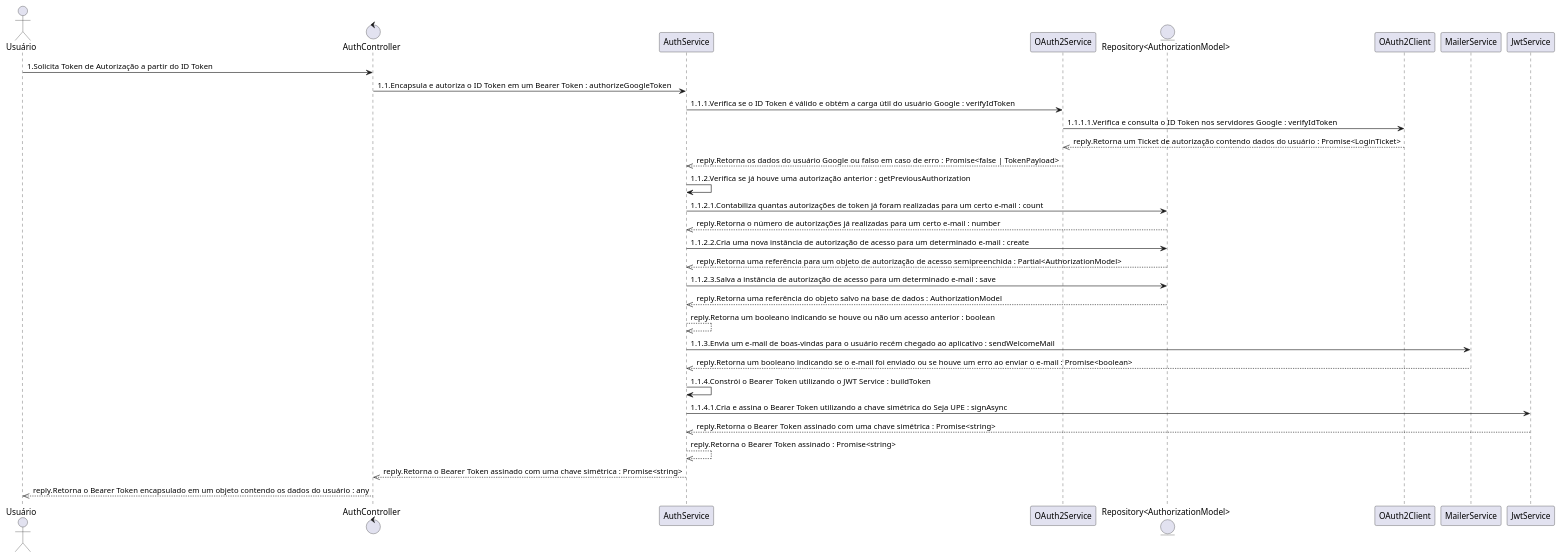
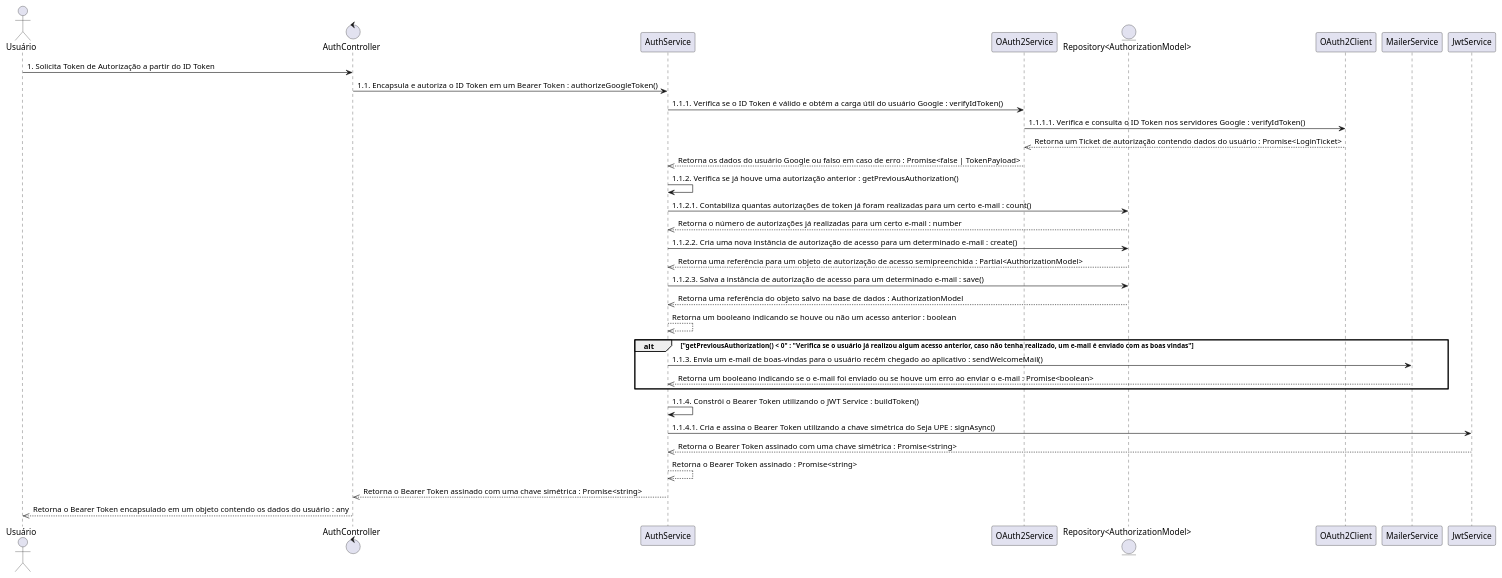
The diagram in src/C1. Visão Geral/C2. Sistema/C3. Endpoints RESTful (Server)/C4. Visão de Processo/[PUML] Sequência - Autenticação e Autorização.puml (MurylloEx/Seja-UPE-Docs), drawn with PlantUML before and after one commit. The commit also changed 34 other files, not shown here.

Commit message:
:sparkles: feature: Added ALL C4 diagrams.

```diff
--- a/src/C1. Visão Geral/C2. Sistema/C3. Endpoints RESTful (Server)/C4. Visão de Processo/[PUML] Sequência - Autenticação e Autorização.puml
+++ b/src/C1. Visão Geral/C2. Sistema/C3. Endpoints RESTful (Server)/C4. Visão de Processo/[PUML] Sequência - Autenticação e Autorização.puml
@@ -2,34 +1,39 @@
-@startuml
+@startuml "Sequence Diagram"
 
-actor "Usuário"
-control "AuthController"
-participant "AuthService"
-participant "OAuth2Service"
-entity "Repository<AuthorizationModel>"
-participant "OAuth2Client"
-participant "MailerService"
-participant "JwtService"
+title ""
 
-"Usuário" -> "AuthController":1.Solicita Token de Autorização a partir do ID Token
-"AuthController" -> "AuthService":1.1.Encapsula e autoriza o ID Token em um Bearer Token : authorizeGoogleToken
-"AuthService" -> "OAuth2Service":1.1.1.Verifica se o ID Token é válido e obtém a carga útil do usuário Google : verifyIdToken
-"OAuth2Service" -> "OAuth2Client":1.1.1.1.Verifica e consulta o ID Token nos servidores Google : verifyIdToken
-"OAuth2Client" -->> "OAuth2Service":reply.Retorna um Ticket de autorização contendo dados do usuário : Promise<LoginTicket>
-"OAuth2Service" -->> "AuthService":reply.Retorna os dados do usuário Google ou falso em caso de erro : Promise<false | TokenPayload>
-"AuthService" -> "AuthService":1.1.2.Verifica se já houve uma autorização anterior : getPreviousAuthorization
-"AuthService" -> "Repository<AuthorizationModel>":1.1.2.1.Contabiliza quantas autorizações de token já foram realizadas para um certo e-mail : count
-"Repository<AuthorizationModel>" -->> "AuthService":reply.Retorna o número de autorizações já realizadas para um certo e-mail : number
-"AuthService" -> "Repository<AuthorizationModel>":1.1.2.2.Cria uma nova instância de autorização de acesso para um determinado e-mail : create
-"Repository<AuthorizationModel>" -->> "AuthService":reply.Retorna uma referência para um objeto de autorização de acesso semipreenchida : Partial<AuthorizationModel>
-"AuthService" -> "Repository<AuthorizationModel>":1.1.2.3.Salva a instância de autorização de acesso para um determinado e-mail : save
-"Repository<AuthorizationModel>" -->> "AuthService":reply.Retorna uma referência do objeto salvo na base de dados : AuthorizationModel
-"AuthService" -->> "AuthService":reply.Retorna um booleano indicando se houve ou não um acesso anterior : boolean
-"AuthService" -> "MailerService":1.1.3.Envia um e-mail de boas-vindas para o usuário recém chegado ao aplicativo : sendWelcomeMail
-"MailerService" -->> "AuthService":reply.Retorna um booleano indicando se o e-mail foi enviado ou se houve um erro ao enviar o e-mail : Promise<boolean>
-"AuthService" -> "AuthService":1.1.4.Constrói o Bearer Token utilizando o JWT Service : buildToken
-"AuthService" -> "JwtService":1.1.4.1.Cria e assina o Bearer Token utilizando a chave simétrica do Seja UPE : signAsync
-"JwtService" -->> "AuthService":reply.Retorna o Bearer Token assinado com uma chave simétrica : Promise<string>
-"AuthService" -->> "AuthService":reply.Retorna o Bearer Token assinado : Promise<string>
-"AuthService" -->> "AuthController":reply.Retorna o Bearer Token assinado com uma chave simétrica : Promise<string>
-"AuthController" -->> "Usuário":reply.Retorna o Bearer Token encapsulado em um objeto contendo os dados do usuário : any
+actor "Usuário"                         as USER
+control "AuthController"                as AUTH_CONTROLLER
+participant "AuthService"               as AUTH_SERVICE
+participant "OAuth2Service"             as OAUTH2_SERVICE
+entity "Repository<AuthorizationModel>" as AUTHORIZATION_REPOSITORY
+participant "OAuth2Client"              as OAUTH2_CLIENT
+participant "MailerService"             as MAILER_SERVICE
+participant "JwtService"                as JWT_SERVICE
+
+USER -> AUTH_CONTROLLER : 1. Solicita Token de Autorização a partir do ID Token
+AUTH_CONTROLLER -> AUTH_SERVICE : 1.1. Encapsula e autoriza o ID Token em um Bearer Token : authorizeGoogleToken()
+AUTH_SERVICE -> OAUTH2_SERVICE : 1.1.1. Verifica se o ID Token é válido e obtém a carga útil do usuário Google : verifyIdToken()
+OAUTH2_SERVICE -> OAUTH2_CLIENT : 1.1.1.1. Verifica e consulta o ID Token nos servidores Google : verifyIdToken()
+OAUTH2_CLIENT -->> OAUTH2_SERVICE : Retorna um Ticket de autorização contendo dados do usuário : Promise<LoginTicket>
+OAUTH2_SERVICE -->> AUTH_SERVICE : Retorna os dados do usuário Google ou falso em caso de erro : Promise<false | TokenPayload>
+AUTH_SERVICE -> AUTH_SERVICE : 1.1.2. Verifica se já houve uma autorização anterior : getPreviousAuthorization()
+AUTH_SERVICE -> AUTHORIZATION_REPOSITORY : 1.1.2.1. Contabiliza quantas autorizações de token já foram realizadas para um certo e-mail : count()
+AUTHORIZATION_REPOSITORY -->> AUTH_SERVICE : Retorna o número de autorizações já realizadas para um certo e-mail : number
+AUTH_SERVICE -> AUTHORIZATION_REPOSITORY : 1.1.2.2. Cria uma nova instância de autorização de acesso para um determinado e-mail : create()
+AUTHORIZATION_REPOSITORY -->> AUTH_SERVICE : Retorna uma referência para um objeto de autorização de acesso semipreenchida : Partial<AuthorizationModel>
+AUTH_SERVICE -> AUTHORIZATION_REPOSITORY : 1.1.2.3. Salva a instância de autorização de acesso para um determinado e-mail : save()
+AUTHORIZATION_REPOSITORY -->> AUTH_SERVICE : Retorna uma referência do objeto salvo na base de dados : AuthorizationModel
+AUTH_SERVICE -->> AUTH_SERVICE : Retorna um booleano indicando se houve ou não um acesso anterior : boolean
+alt "getPreviousAuthorization() < 0" : "Verifica se o usuário já realizou algum acesso anterior, caso não tenha realizado, um e-mail é enviado com as boas vindas"
+  AUTH_SERVICE -> MAILER_SERVICE : 1.1.3. Envia um e-mail de boas-vindas para o usuário recém chegado ao aplicativo : sendWelcomeMail()
+  MAILER_SERVICE -->> AUTH_SERVICE : Retorna um booleano indicando se o e-mail foi enviado ou se houve um erro ao enviar o e-mail : Promise<boolean>
+end
+AUTH_SERVICE -> AUTH_SERVICE : 1.1.4. Constrói o Bearer Token utilizando o JWT Service : buildToken()
+AUTH_SERVICE -> JWT_SERVICE : 1.1.4.1. Cria e assina o Bearer Token utilizando a chave simétrica do Seja UPE : signAsync()
+JWT_SERVICE -->> AUTH_SERVICE : Retorna o Bearer Token assinado com uma chave simétrica : Promise<string>
+AUTH_SERVICE -->> AUTH_SERVICE : Retorna o Bearer Token assinado : Promise<string>
+AUTH_SERVICE -->> AUTH_CONTROLLER : Retorna o Bearer Token assinado com uma chave simétrica : Promise<string>
+AUTH_CONTROLLER -->> USER : Retorna o Bearer Token encapsulado em um objeto contendo os dados do usuário : any
+
 @enduml
```
